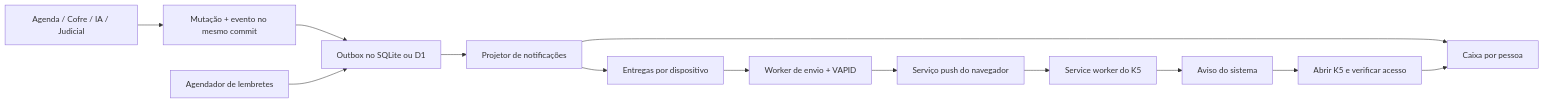
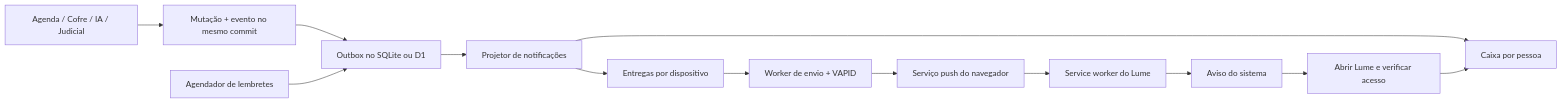
One commit to araujodgdev/k5 changed the diagram in docs/plano-notificacoes.md. Above: the diagram before and after it, drawn with Mermaid. The commit also changed other lines of this file and 79 other files, not shown here.

````diff
--- a/docs/plano-notificacoes.md
+++ b/docs/plano-notificacoes.md
@@ -53,15 +53,15 @@
 ```mermaid
 flowchart LR
   A[Agenda / Cofre / IA / Judicial] --> B[Mutação + evento no mesmo commit]
   B --> C[Outbox no SQLite ou D1]
   C --> D[Projetor de notificações]
   D --> E[Caixa por pessoa]
   D --> F[Entregas por dispositivo]
   G[Agendador de lembretes] --> C
   F --> H[Worker de envio + VAPID]
   H --> I[Serviço push do navegador]
-  I --> J[Service worker do K5]
+  I --> J[Service worker do Lume]
   J --> K[Aviso do sistema]
-  K --> L[Abrir K5 e verificar acesso]
+  K --> L[Abrir Lume e verificar acesso]
   L --> E
 ```
````
